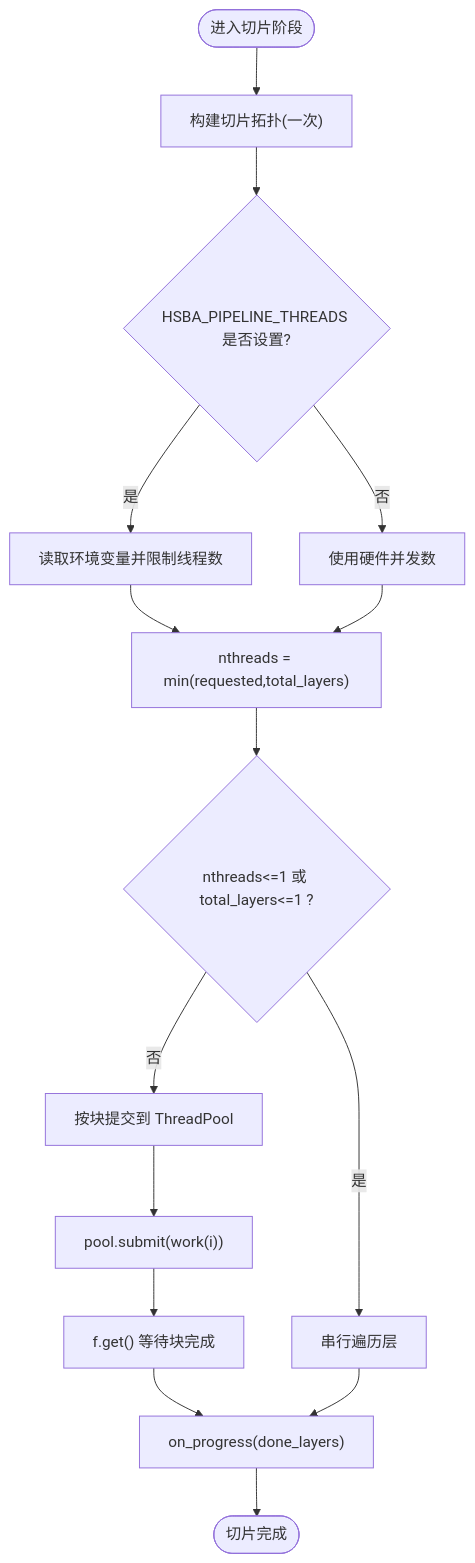
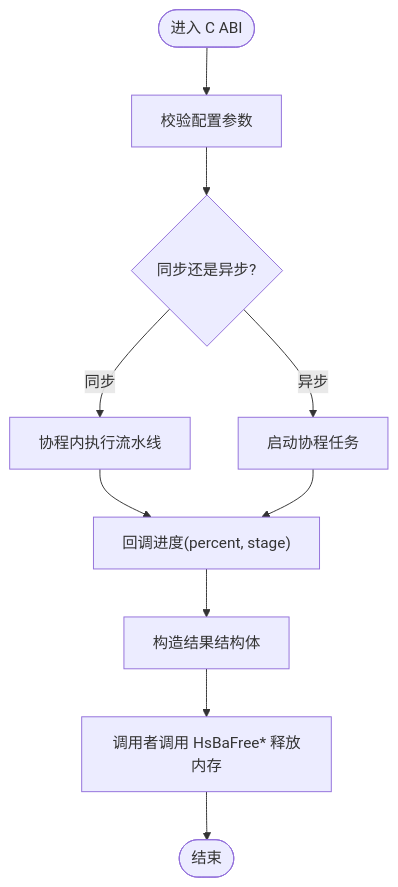
One commit to hsmbanlance/HsBaSlicer changed the fourth of 12 diagrams in .qoder/repowiki/zh/content/高级主题/高级主题.md. Above: the diagram before and after it, drawn with Mermaid. The commit also changed other lines of this file and 1095 other files, not shown here.

````diff
--- a/.qoder/repowiki/zh/content/高级主题/高级主题.md
+++ b/.qoder/repowiki/zh/content/高级主题/高级主题.md
@@ -192,17 +184,12 @@
 ```mermaid
 flowchart TD
-Start(["进入切片阶段"]) --> BuildTopo["构建切片拓扑(一次)"]
-BuildTopo --> CheckEnv{"HSBA_PIPELINE_THREADS 是否设置?"}
-CheckEnv --> |是| SetThreads["读取环境变量并限制线程数"]
-CheckEnv --> |否| UseHW["使用硬件并发数"]
-SetThreads --> DecideN["nthreads = min(requested,total_layers)"]
-UseHW --> DecideN
-DecideN --> SerialCheck{"nthreads<=1 或 total_layers<=1 ?"}
-SerialCheck --> |是| LoopSerial["串行遍历层"]
-SerialCheck --> |否| BlockLoop["按块提交到 ThreadPool"]
-BlockLoop --> Submit["pool.submit(work(i))"]
-Submit --> AwaitBlock["f.get() 等待块完成"]
-AwaitBlock --> Progress["on_progress(done_layers)"]
-LoopSerial --> Progress
-Progress --> End(["切片完成"])
+Start(["进入 C ABI"]) --> Validate["校验配置参数"]
+Validate --> SyncCheck{"同步还是异步?"}
+SyncCheck --> |同步| RunSync["协程内执行流水线"]
+SyncCheck --> |异步| RunAsync["启动协程任务"]
+RunSync --> Progress["回调进度(percent, stage)"]
+RunAsync --> Progress
+Progress --> Result["构造结果结构体"]
+Result --> Free["调用者调用 HsBaFree* 释放内存"]
+Free --> End(["结束"])
 ```
````
